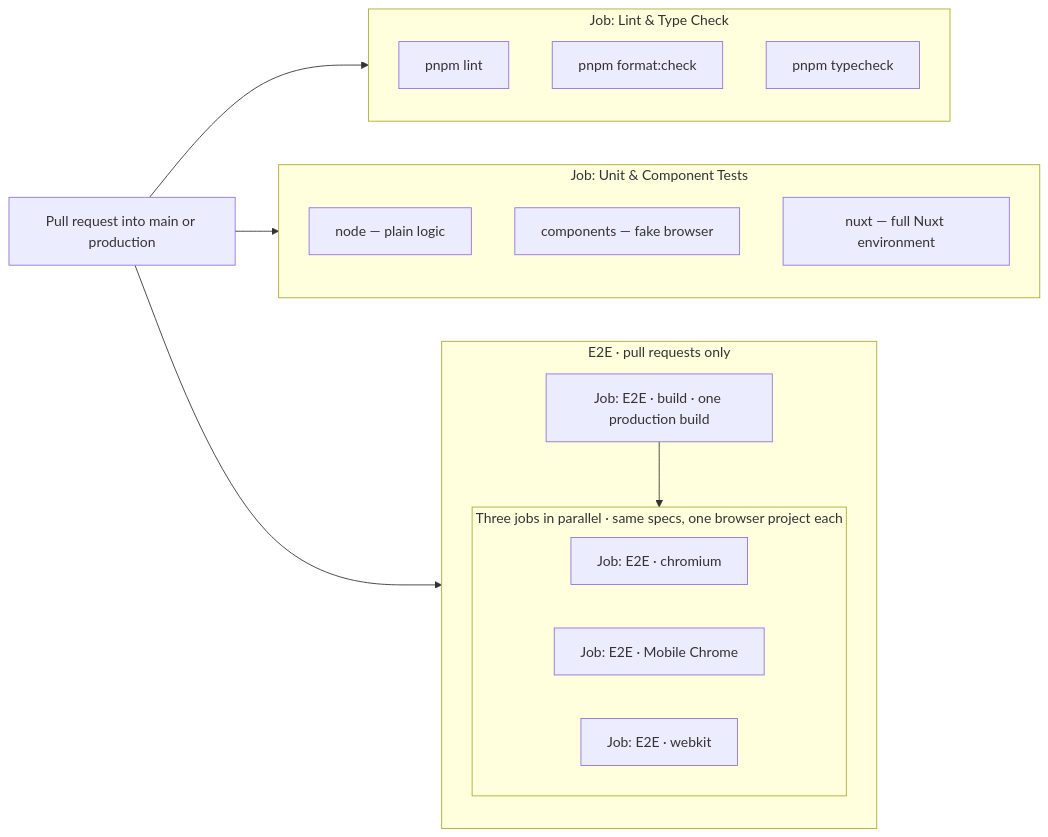
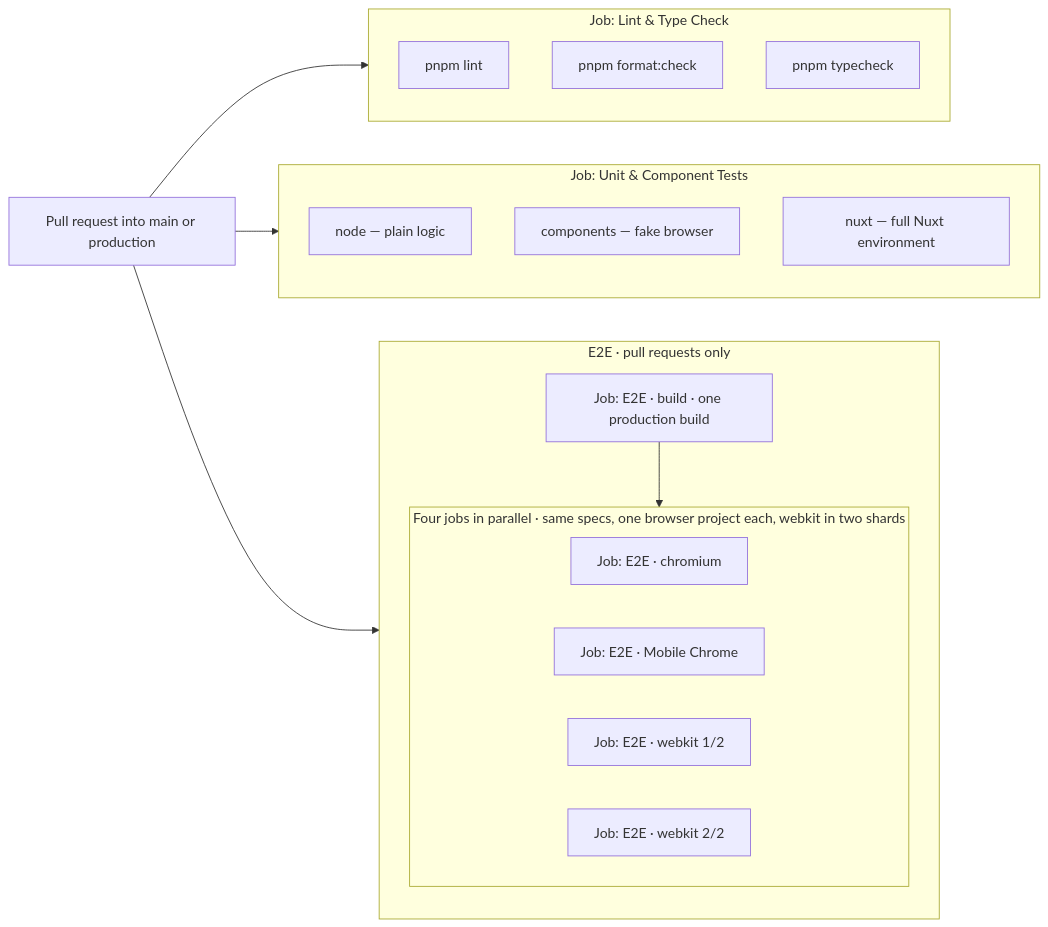
Before and after one commit to geins-io/sales-portal: the first of 6 diagrams in docs/test-layers.md, drawn with Mermaid. The commit also changed other lines of this file and 1 other file, not shown here.

Commit message:
docs(testing): describe the four e2e jobs and the webkit shards

````diff
--- a/docs/test-layers.md
+++ b/docs/test-layers.md
@@ -14,34 +14,35 @@
 ```mermaid
 flowchart LR
     PR["Pull request into main or production"] --> LINT
     PR --> UNIT
     PR --> E2E
 
     subgraph LINT["Job: Lint &amp; Type Check"]
         direction TB
         L1["pnpm lint"]
         L2["pnpm format:check"]
         L3["pnpm typecheck"]
     end
 
     subgraph UNIT["Job: Unit &amp; Component Tests"]
         direction TB
         U1["node — plain logic"]
         U2["components — fake browser"]
         U3["nuxt — full Nuxt environment"]
     end
 
     subgraph E2E["E2E · pull requests only"]
         direction TB
         BUILD["Job: E2E · build · one production build"]
 
-        subgraph LEGS["Three jobs in parallel · same specs, one browser project each"]
+        subgraph LEGS["Four jobs in parallel · same specs, one browser project each, webkit in two shards"]
             direction LR
             B1["Job: E2E · chromium"]
             B2["Job: E2E · Mobile Chrome"]
-            B3["Job: E2E · webkit"]
+            B3["Job: E2E · webkit 1/2"]
+            B4["Job: E2E · webkit 2/2"]
         end
 
         BUILD --> LEGS
     end
 ```
````
